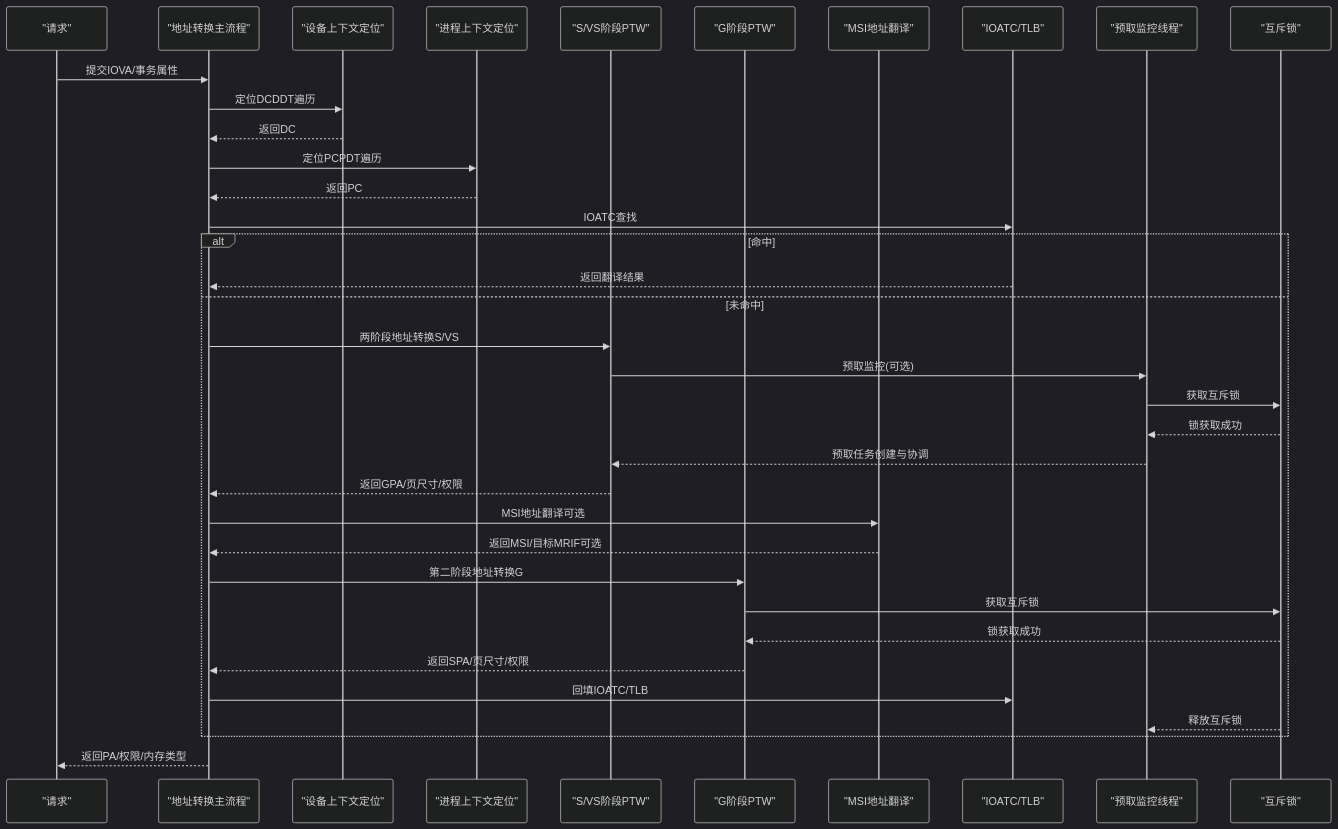
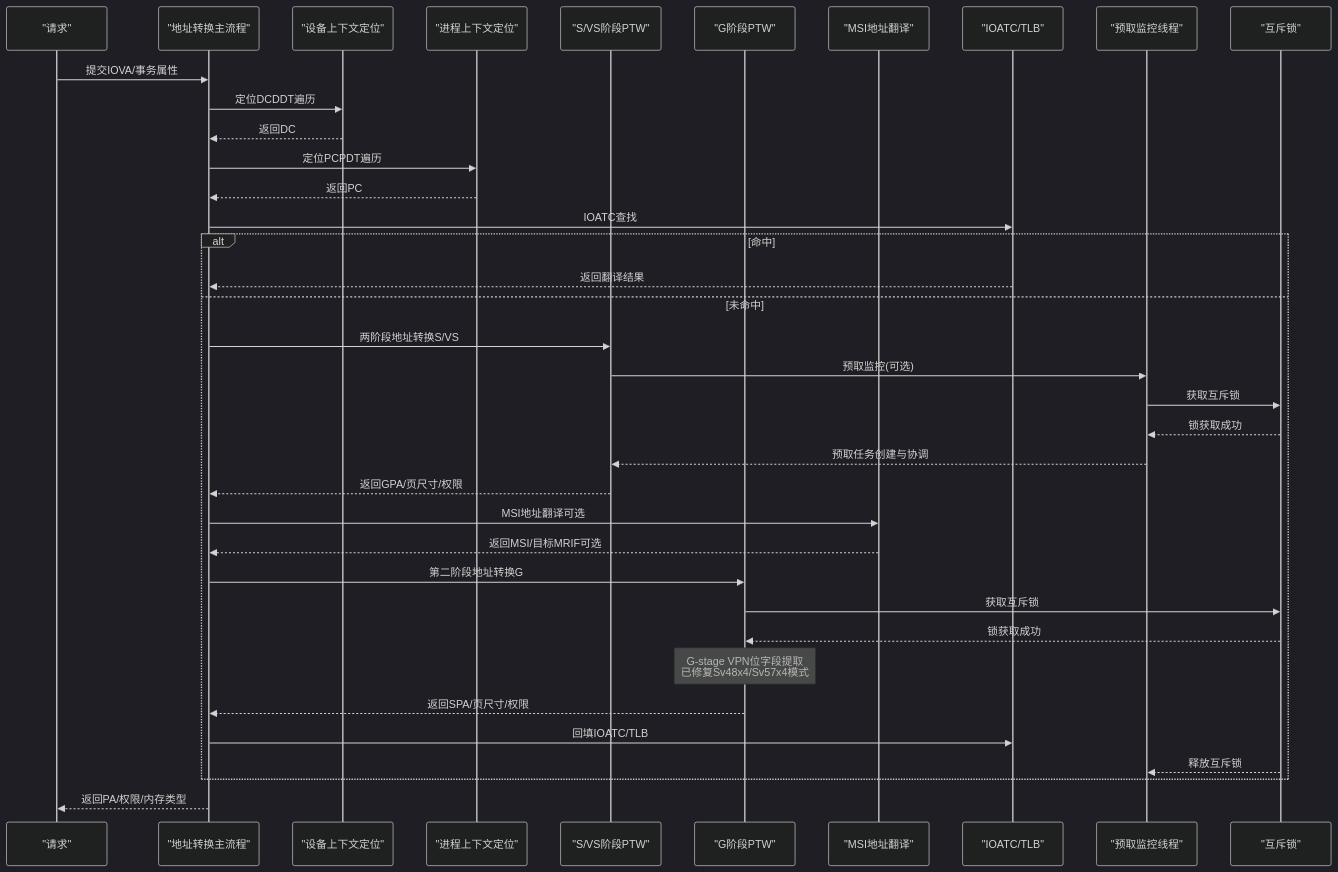
One commit to jiangjiang1122/iommu_model_20260401_v1 changed the second of 9 diagrams in .qoder/repowiki/zh/content/流水线设计/地址转换阶段.md. Above: the diagram before and after it, drawn with Mermaid (dark theme). The commit also changed other lines of this file and 55 other files, not shown here.

````diff
--- a/.qoder/repowiki/zh/content/流水线设计/地址转换阶段.md
+++ b/.qoder/repowiki/zh/content/流水线设计/地址转换阶段.md
@@ -169,38 +182,39 @@
 ```mermaid
 sequenceDiagram
 participant Req as "请求"
 participant Trans as "地址转换主流程"
 participant DC as "设备上下文定位"
 participant PC as "进程上下文定位"
 participant PTW as "S/VS阶段PTW"
 participant GPTW as "G阶段PTW"
 participant MSI as "MSI地址翻译"
 participant TLB as "IOATC/TLB"
 participant PF as "预取监控线程"
 participant Mutex as "互斥锁"
 Req->>Trans : 提交IOVA/事务属性
 Trans->>DC : 定位DCDDT遍历
 DC-->>Trans : 返回DC
 Trans->>PC : 定位PCPDT遍历
 PC-->>Trans : 返回PC
 Trans->>TLB : IOATC查找
 alt 命中
 TLB-->>Trans : 返回翻译结果
 else 未命中
 Trans->>PTW : 两阶段地址转换S/VS
 PTW->>PF : 预取监控(可选)
 PF->>Mutex : 获取互斥锁
 Mutex-->>PF : 锁获取成功
 PF-->>PTW : 预取任务创建与协调
 PTW-->>Trans : 返回GPA/页尺寸/权限
 Trans->>MSI : MSI地址翻译可选
 MSI-->>Trans : 返回MSI/目标MRIF可选
 Trans->>GPTW : 第二阶段地址转换G
 GPTW->>Mutex : 获取互斥锁
 Mutex-->>GPTW : 锁获取成功
+Note over GPTW : G-stage VPN位字段提取<br/>已修复Sv48x4/Sv57x4模式
 GPTW-->>Trans : 返回SPA/页尺寸/权限
 Trans->>TLB : 回填IOATC/TLB
 Mutex-->>PF : 释放互斥锁
 end
 Trans-->>Req : 返回PA/权限/内存类型
 ```
````
